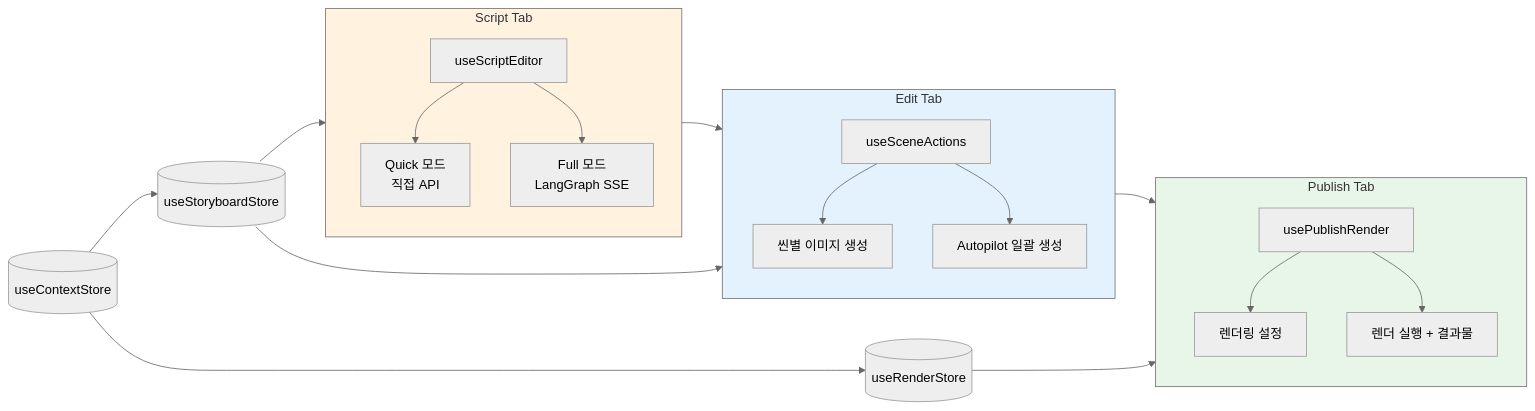
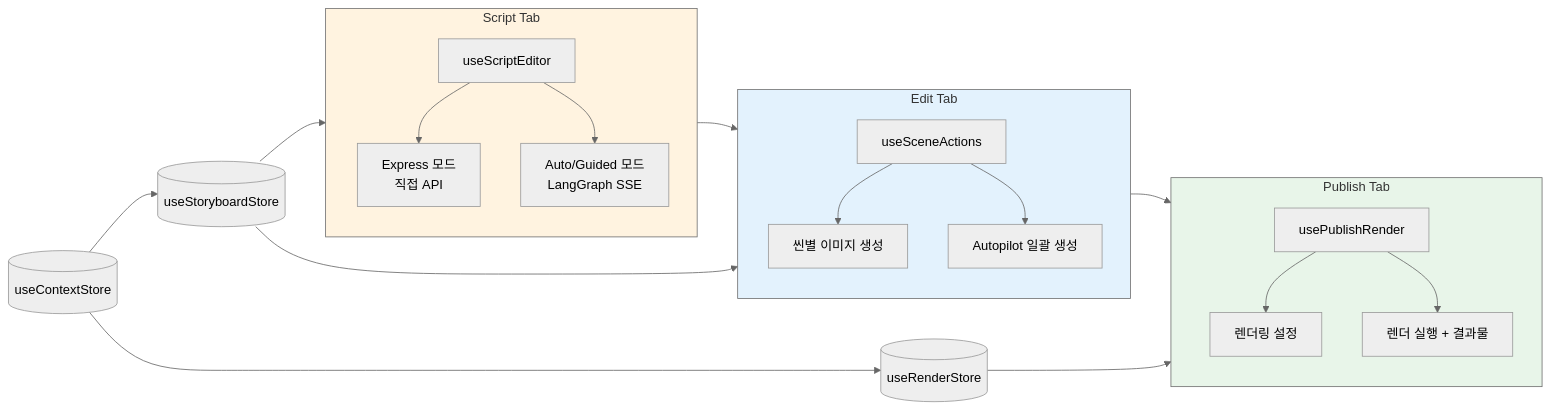
One commit to tomo-playground/sdd-orchestrator changed the second of 3 diagrams in docs/03_engineering/frontend/STATE_MANAGEMENT.md. Above: the diagram before and after it, drawn with Mermaid (neutral theme). The commit also changed other lines of this file and 11 other files, not shown here.

````diff
--- a/docs/03_engineering/frontend/STATE_MANAGEMENT.md
+++ b/docs/03_engineering/frontend/STATE_MANAGEMENT.md
@@ -364,32 +364,32 @@
 ```mermaid
 graph LR
     subgraph Script["Script Tab"]
         SE[useScriptEditor]
-        SE --> Q[Quick 모드<br/>직접 API]
-        SE --> F[Full 모드<br/>LangGraph SSE]
+        SE --> Q[Express 모드<br/>직접 API]
+        SE --> F[Auto/Guided 모드<br/>LangGraph SSE]
     end
 
     subgraph Edit["Edit Tab"]
         SA[useSceneActions]
         SA --> IG[씬별 이미지 생성]
         SA --> AP[Autopilot 일괄 생성]
     end
 
     subgraph Publish["Publish Tab"]
         PR[usePublishRender]
         PR --> RC[렌더링 설정]
         PR --> RR[렌더 실행 + 결과물]
     end
 
     Script --> Edit --> Publish
 
     SB[(useStoryboardStore)] --> Script
     SB --> Edit
     RD[(useRenderStore)] --> Publish
     CTX[(useContextStore)] --> SB
     CTX --> RD
 
     style Script fill:#fff3e0
     style Edit fill:#e3f2fd
     style Publish fill:#e8f5e9
 ```
````
